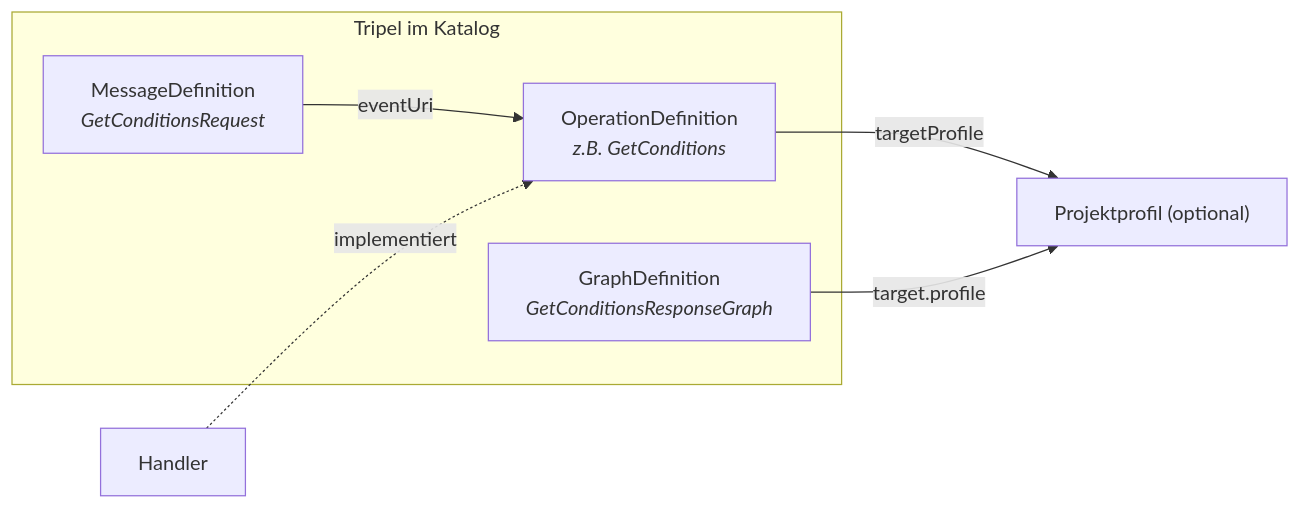
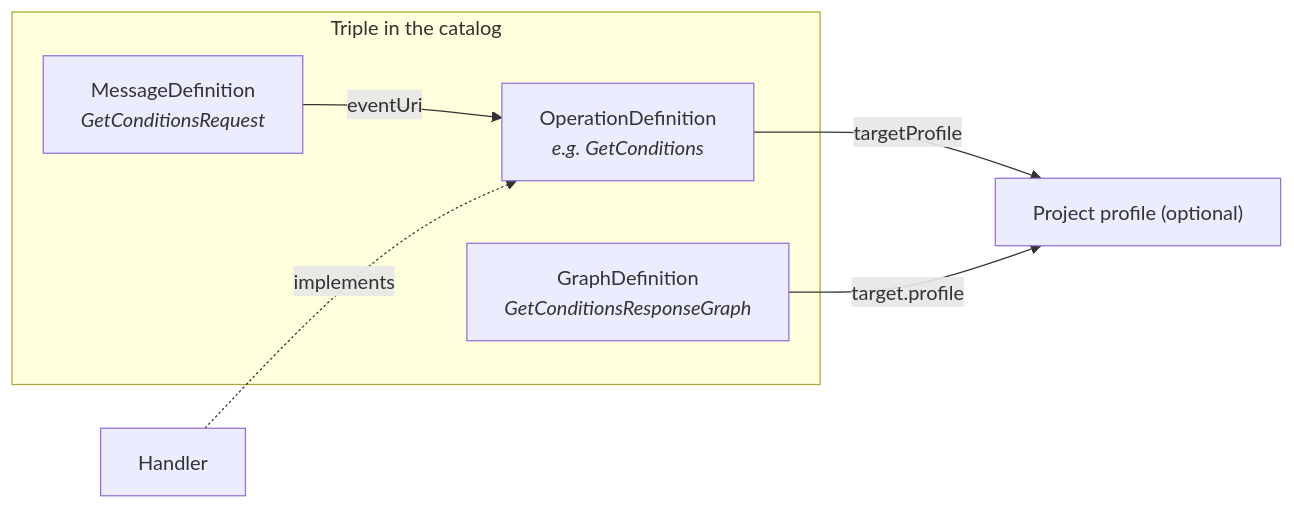
Before and after one commit to forschungsgruppe-digital-health/pds-query-broker: the diagram in CONTRIBUTING.md, drawn with Mermaid. The commit also changed other lines of this file and 40 other files, not shown here.

````diff
--- a/CONTRIBUTING.md
+++ b/CONTRIBUTING.md
@@ -149,15 +149,15 @@
 ```mermaid
 graph LR
-    subgraph "Tripel im Katalog"
-        OPDEF["OperationDefinition<br/><i>z.B. GetConditions</i>"]
+    subgraph "Triple in the catalog"
+        OPDEF["OperationDefinition<br/><i>e.g. GetConditions</i>"]
         MSGDEF["MessageDefinition<br/><i>GetConditionsRequest</i>"]
         GRAPHDEF["GraphDefinition<br/><i>GetConditionsResponseGraph</i>"]
     end
-    KDS["Projektprofil (optional)"]
+    KDS["Project profile (optional)"]
     HANDLER["Handler"]
 
     MSGDEF -->|"eventUri"| OPDEF
     OPDEF -->|"targetProfile"| KDS
     GRAPHDEF -->|"target.profile"| KDS
-    HANDLER -.->|"implementiert"| OPDEF
+    HANDLER -.->|"implements"| OPDEF
 ```
````
